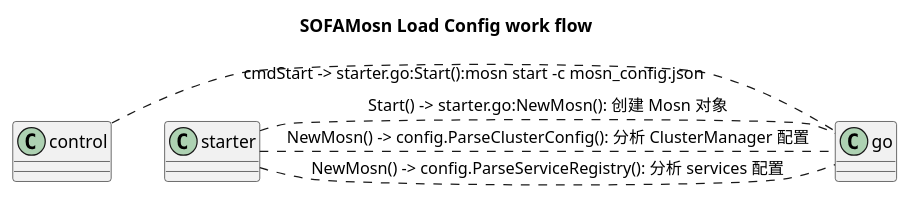
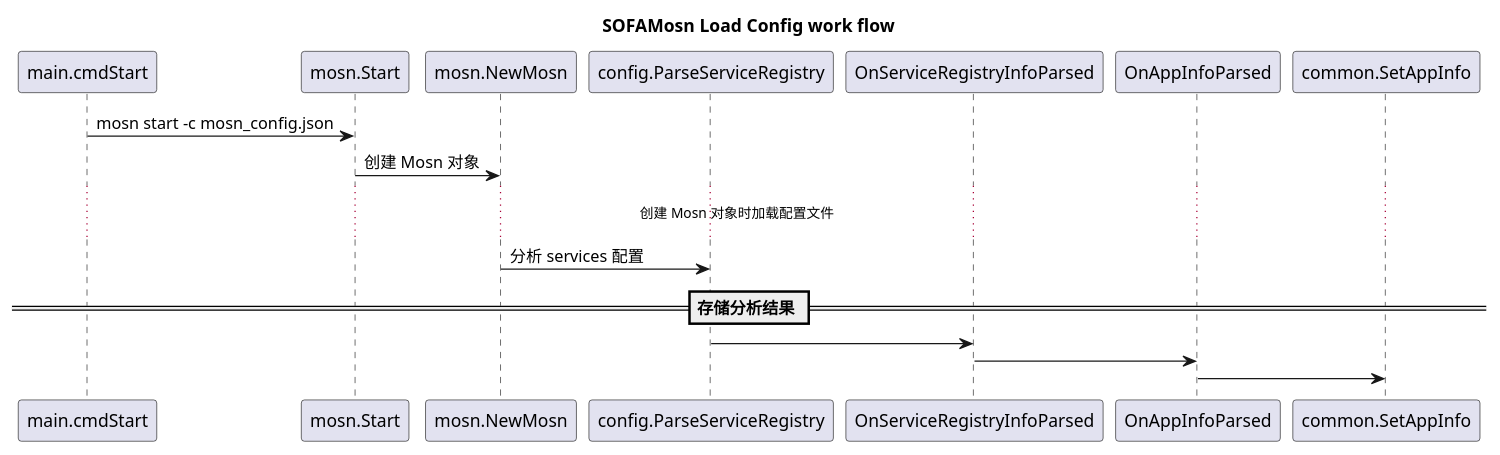
One commit to AlexStocks/alexstocks.github.io changed the diagram in pic/mosn/load_config.puml. Above: the diagram before and after it, drawn with PlantUML. The commit also changed 4 other files, not shown here.

Commit message:
Add: mosn start

```diff
--- a/pic/mosn/load_config.puml
+++ b/pic/mosn/load_config.puml
@@ -1,10 +1,17 @@
 @startuml
 title: SOFAMosn Load Config work flow
 
-control.go:cmdStart -> starter.go:Start():mosn start -c mosn_config.json
-starter.go:Start() -> starter.go:NewMosn(): 创建 Mosn 对象
+main.cmdStart -> mosn.Start:mosn start -c mosn_config.json
+mosn.Start -> mosn.NewMosn: 创建 Mosn 对象
 
-starter.go:NewMosn() -> config.ParseServiceRegistry(): 分析 services 配置
-starter.go:NewMosn() -> config.ParseClusterConfig(): 分析 ClusterManager 配置
+... 创建 Mosn 对象时加载配置文件 ...
+
+mosn.NewMosn -> config.ParseServiceRegistry: 分析 services 配置
+
+== 存储分析结果 ==
+
+config.ParseServiceRegistry -> OnServiceRegistryInfoParsed:
+OnServiceRegistryInfoParsed -> OnAppInfoParsed:
+OnAppInfoParsed -> common.SetAppInfo:
 
 @enduml
```
